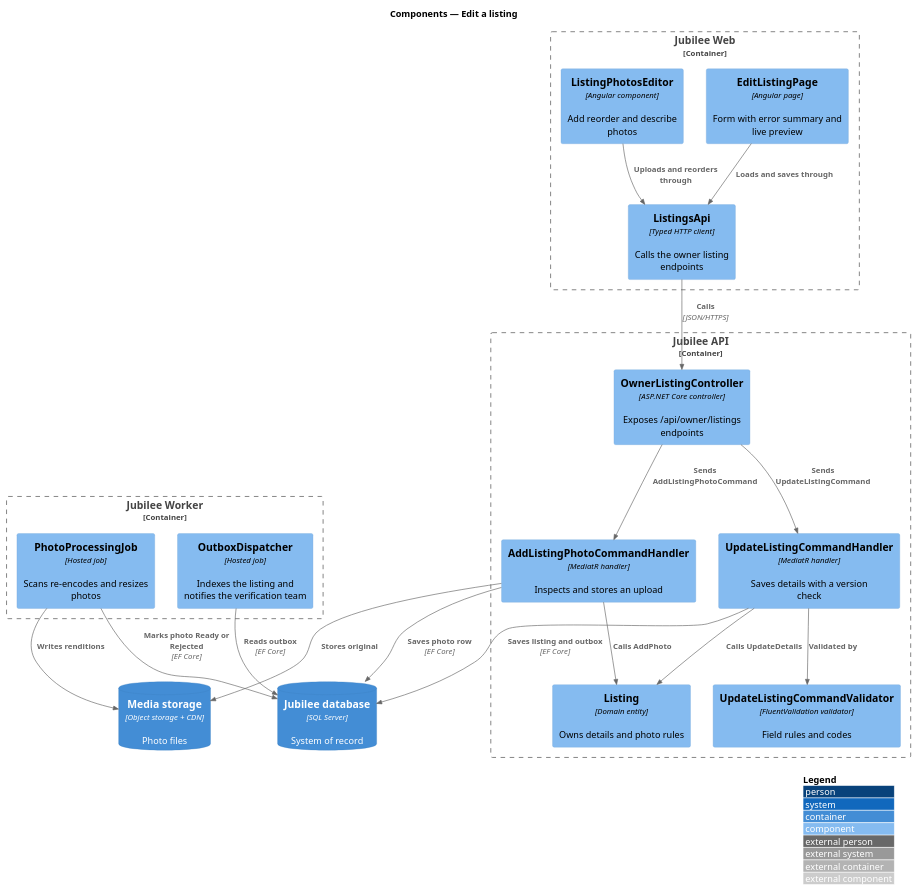
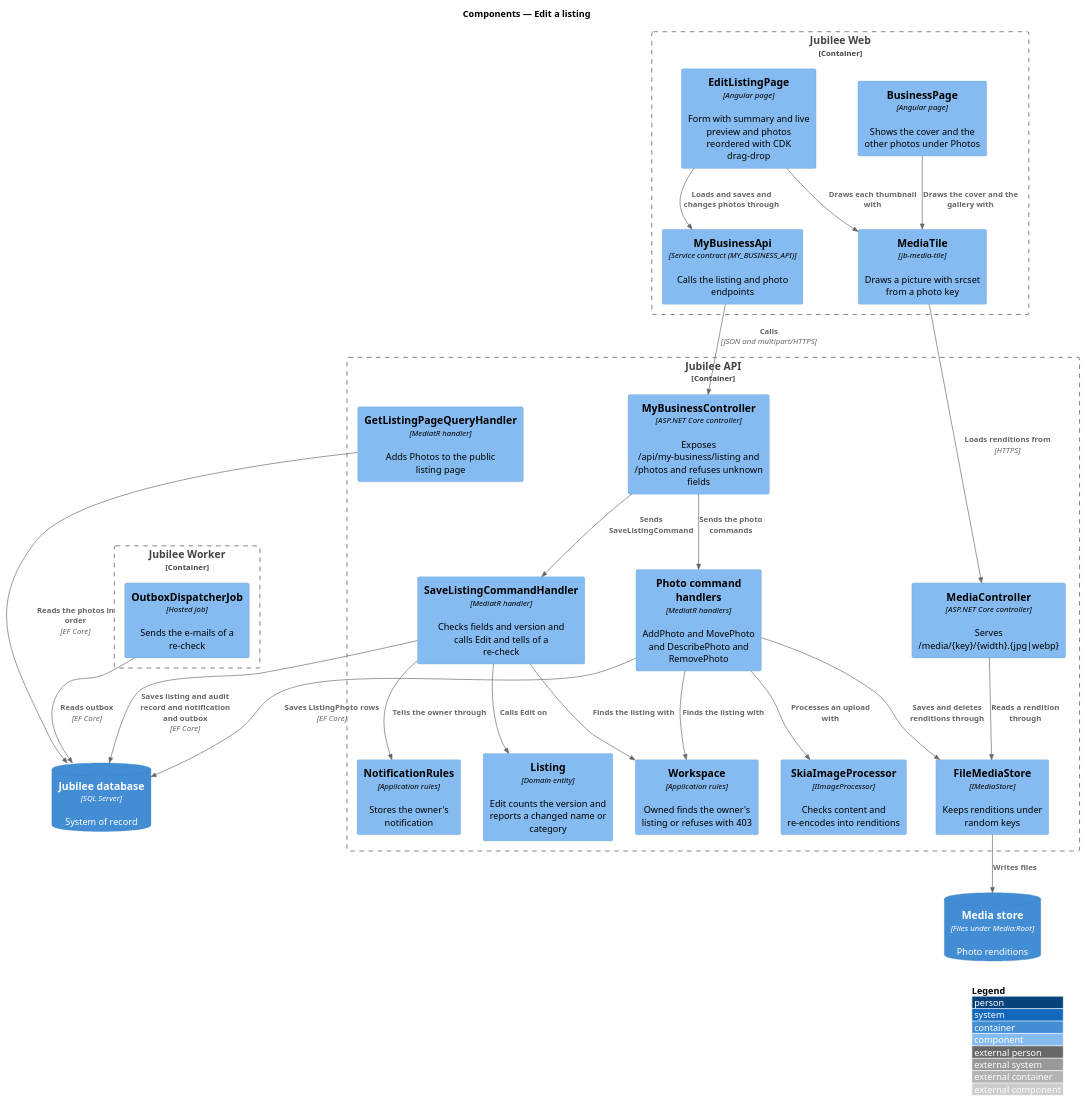
One commit to QuinntyneBrown/jubilee changed the diagram in docs/detailed-designs/owner-workspace/edit-listing/diagrams/c4-component.puml. Above: the diagram before and after it, drawn with PlantUML. The commit also changed 43 other files, not shown here.

```diff
--- a/docs/detailed-designs/owner-workspace/edit-listing/diagrams/c4-component.puml
+++ b/docs/detailed-designs/owner-workspace/edit-listing/diagrams/c4-component.puml
@@ -1,39 +1,49 @@
 @startuml
 !include <C4/C4_Component>
 LAYOUT_WITH_LEGEND()
 title Components — Edit a listing
 
 Container_Boundary(web, "Jubilee Web") {
-  Component(page, "EditListingPage", "Angular page", "Form with error summary and live preview")
-  Component(photos, "ListingPhotosEditor", "Angular component", "Add reorder and describe photos")
-  Component(client, "ListingsApi", "Typed HTTP client", "Calls the owner listing endpoints")
+  Component(page, "EditListingPage", "Angular page", "Form with summary and live preview and photos reordered with CDK drag-drop")
+  Component(client, "MyBusinessApi", "Service contract (MY_BUSINESS_API)", "Calls the listing and photo endpoints")
+  Component(tile, "MediaTile", "jb-media-tile", "Draws a picture with srcset from a photo key")
+  Component(public, "BusinessPage", "Angular page", "Shows the cover and the other photos under Photos")
 }
 Container_Boundary(api, "Jubilee API") {
-  Component(ctrl, "OwnerListingController", "ASP.NET Core controller", "Exposes /api/owner/listings endpoints")
-  Component(validator, "UpdateListingCommandValidator", "FluentValidation validator", "Field rules and codes")
-  Component(update, "UpdateListingCommandHandler", "MediatR handler", "Saves details with a version check")
-  Component(addphoto, "AddListingPhotoCommandHandler", "MediatR handler", "Inspects and stores an upload")
-  Component(listing, "Listing", "Domain entity", "Owns details and photo rules")
+  Component(ctrl, "MyBusinessController", "ASP.NET Core controller", "Exposes /api/my-business/listing and /photos and refuses unknown fields")
+  Component(rules, "Workspace", "Application rules", "Owned finds the owner's listing or refuses with 403")
+  Component(save, "SaveListingCommandHandler", "MediatR handler", "Checks fields and version and calls Edit and tells of a re-check")
+  Component(photo, "Photo command handlers", "MediatR handlers", "AddPhoto and MovePhoto and DescribePhoto and RemovePhoto")
+  Component(listing, "Listing", "Domain entity", "Edit counts the version and reports a changed name or category")
+  Component(image, "SkiaImageProcessor", "IImageProcessor", "Checks content and re-encodes into renditions")
+  Component(store, "FileMediaStore", "IMediaStore", "Keeps renditions under random keys")
+  Component(mediactrl, "MediaController", "ASP.NET Core controller", "Serves /media/{key}/{width}.{jpg|webp}")
+  Component(pageq, "GetListingPageQueryHandler", "MediatR handler", "Adds Photos to the public listing page")
+  Component(tell, "NotificationRules", "Application rules", "Stores the owner's notification")
 }
 Container_Boundary(worker, "Jubilee Worker") {
-  Component(job, "PhotoProcessingJob", "Hosted job", "Scans re-encodes and resizes photos")
-  Component(outbox, "OutboxDispatcher", "Hosted job", "Indexes the listing and notifies the verification team")
+  Component(outbox, "OutboxDispatcherJob", "Hosted job", "Sends the e-mails of a re-check")
 }
 ContainerDb(db, "Jubilee database", "SQL Server", "System of record")
-ContainerDb(media, "Media storage", "Object storage + CDN", "Photo files")
+ContainerDb(media, "Media store", "Files under Media:Root", "Photo renditions")
 
-Rel(page, client, "Loads and saves through")
-Rel(photos, client, "Uploads and reorders through")
-Rel(client, ctrl, "Calls", "JSON/HTTPS")
-Rel(ctrl, update, "Sends UpdateListingCommand")
-Rel(ctrl, addphoto, "Sends AddListingPhotoCommand")
-Rel(update, validator, "Validated by")
-Rel(update, listing, "Calls UpdateDetails")
-Rel(addphoto, listing, "Calls AddPhoto")
-Rel(update, db, "Saves listing and outbox", "EF Core")
-Rel(addphoto, media, "Stores original")
-Rel(addphoto, db, "Saves photo row", "EF Core")
-Rel(job, media, "Writes renditions")
-Rel(job, db, "Marks photo Ready or Rejected", "EF Core")
+Rel(page, client, "Loads and saves and changes photos through")
+Rel(page, tile, "Draws each thumbnail with")
+Rel(public, tile, "Draws the cover and the gallery with")
+Rel(client, ctrl, "Calls", "JSON and multipart/HTTPS")
+Rel(tile, mediactrl, "Loads renditions from", "HTTPS")
+Rel(ctrl, save, "Sends SaveListingCommand")
+Rel(ctrl, photo, "Sends the photo commands")
+Rel(save, rules, "Finds the listing with")
+Rel(photo, rules, "Finds the listing with")
+Rel(save, listing, "Calls Edit on")
+Rel(save, tell, "Tells the owner through")
+Rel(save, db, "Saves listing and audit record and notification and outbox", "EF Core")
+Rel(photo, image, "Processes an upload with")
+Rel(photo, store, "Saves and deletes renditions through")
+Rel(photo, db, "Saves ListingPhoto rows", "EF Core")
+Rel(store, media, "Writes files")
+Rel(mediactrl, store, "Reads a rendition through")
+Rel(pageq, db, "Reads the photos in order", "EF Core")
 Rel(outbox, db, "Reads outbox", "EF Core")
 @enduml
```
